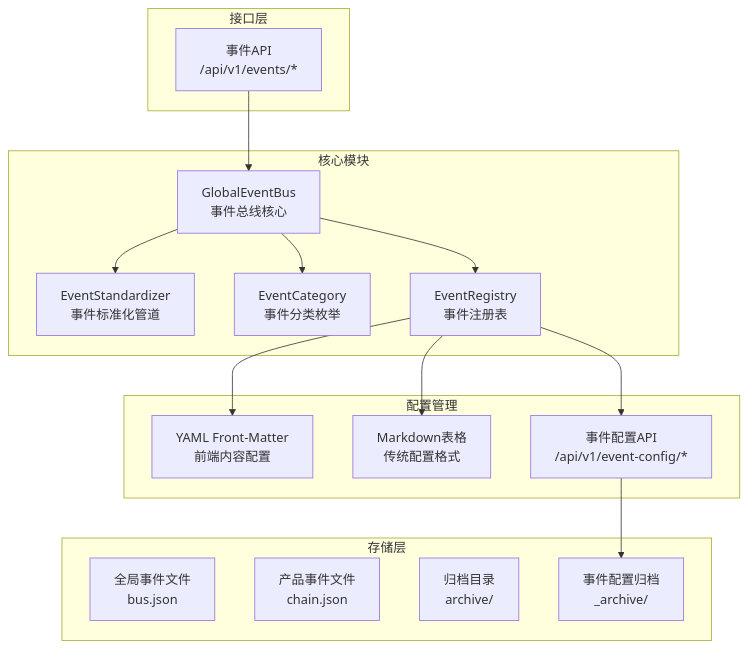
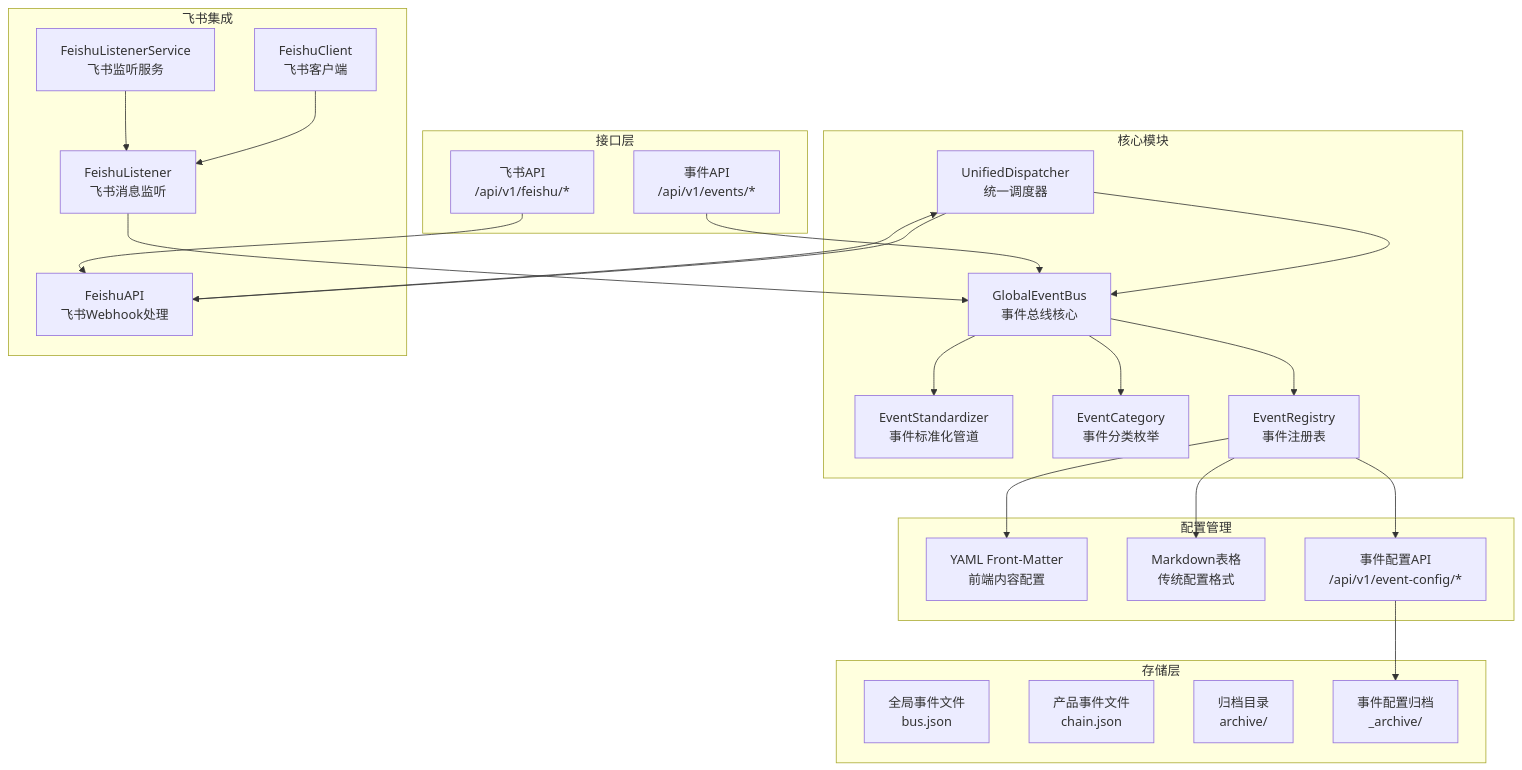
The first of 12 diagrams in .qoder/repowiki/zh/content/系统架构/事件驱动系统/事件总线核心.md (angledick/-), drawn with Mermaid before and after one commit. The commit also changed other lines of this file and 770 other files, not shown here.

````diff
--- a/.qoder/repowiki/zh/content/系统架构/事件驱动系统/事件总线核心.md
+++ b/.qoder/repowiki/zh/content/系统架构/事件驱动系统/事件总线核心.md
@@ -46,31 +64,46 @@
 ```mermaid
 graph TB
 subgraph "核心模块"
 EB["GlobalEventBus<br/>事件总线核心"]
 ES["EventStandardizer<br/>事件标准化管道"]
 EC["EventCategory<br/>事件分类枚举"]
 ER["EventRegistry<br/>事件注册表"]
+UD["UnifiedDispatcher<br/>统一调度器"]
+end
+subgraph "飞书集成"
+FL["FeishuListener<br/>飞书消息监听"]
+FC["FeishuClient<br/>飞书客户端"]
+FA["FeishuAPI<br/>飞书Webhook处理"]
+FS["FeishuListenerService<br/>飞书监听服务"]
 end
 subgraph "配置管理"
 YAML["YAML Front-Matter<br/>前端内容配置"]
 MD["Markdown表格<br/>传统配置格式"]
 AC["事件配置API<br/>/api/v1/event-config/*"]
 end
 subgraph "存储层"
 GE["全局事件文件<br/>bus.json"]
 PE["产品事件文件<br/>chain.json"]
 AR["归档目录<br/>archive/"]
 AE["事件配置归档<br/>_archive/"]
 end
 subgraph "接口层"
 API["事件API<br/>/api/v1/events/*"]
+FEISHU["飞书API<br/>/api/v1/feishu/*"]
 end
 EB --> ES
 EB --> EC
 EB --> ER
+UD --> EB
+UD --> FA
 ER --> YAML
 ER --> MD
 ER --> AC
 AC --> AE
+FL --> EB
+FC --> FL
+FA --> UD
+FS --> FL
 API --> EB
+FEISHU --> FA
 ```
````
